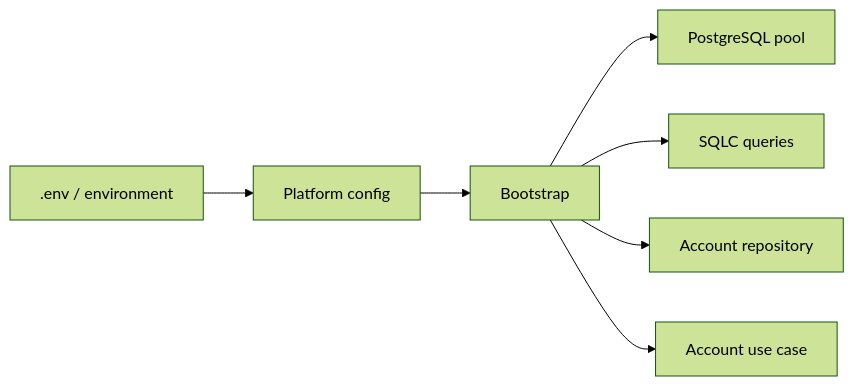
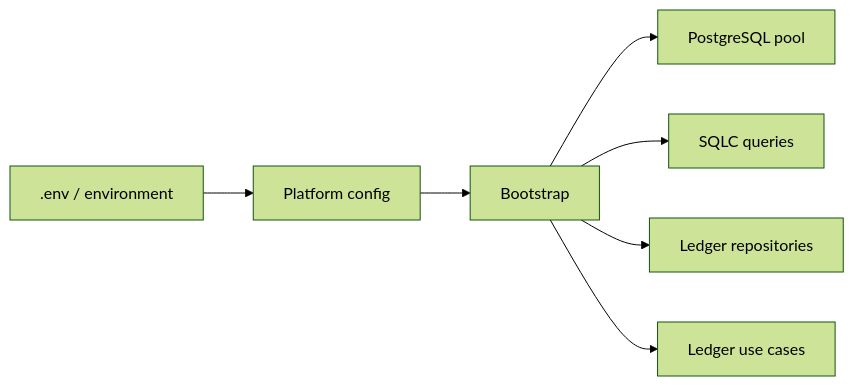
Before and after one commit to saulo-duarte/distributed-wallet-ledger: the second of 2 diagrams in docs/03-architecture/overview.md, drawn with Mermaid (forest theme). The commit also changed other lines of this file and 8 other files, not shown here.

````diff
--- a/docs/03-architecture/overview.md
+++ b/docs/03-architecture/overview.md
@@ -18,9 +18,9 @@
 ```mermaid
 flowchart LR
     Env[.env / environment] --> Config[Platform config]
     Config --> Bootstrap[Bootstrap]
     Bootstrap --> Pool[PostgreSQL pool]
     Bootstrap --> Queries[SQLC queries]
-    Bootstrap --> Repository[Account repository]
-    Bootstrap --> UseCase[Account use case]
+    Bootstrap --> Repository[Ledger repositories]
+    Bootstrap --> UseCase[Ledger use cases]
 ```
````
